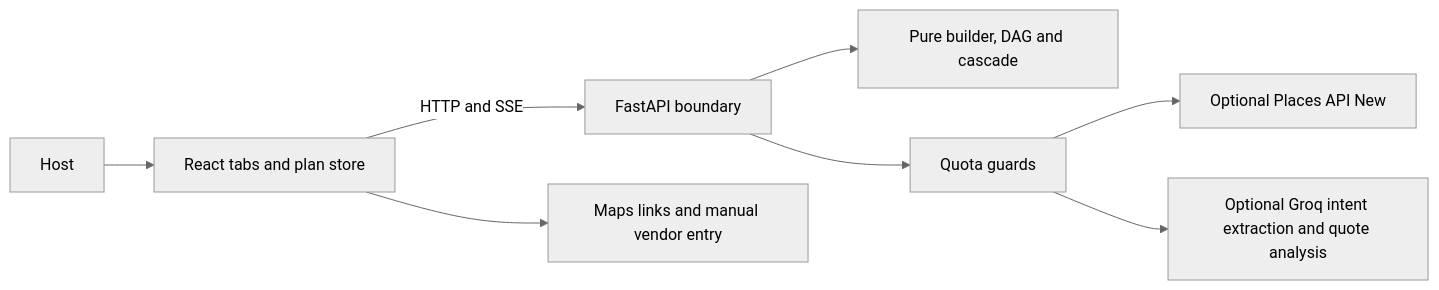
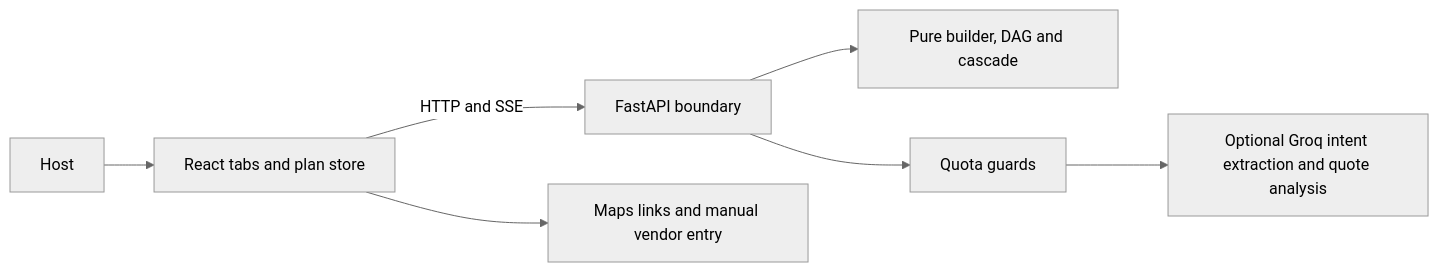
One commit to avz-sharma/EvePlan changed the diagram in docs/architecture.md. Above: the diagram before and after it, drawn with Mermaid (neutral theme). The commit also changed 38 other files, not shown here.

````diff
--- a/docs/architecture.md
+++ b/docs/architecture.md
@@ -3,10 +3,9 @@
 ```mermaid
 flowchart LR
   Host --> UI[React tabs and plan store]
   UI -->|HTTP and SSE| API[FastAPI boundary]
   API --> Engine[Pure builder, DAG and cascade]
   API --> Guards[Quota guards]
-  Guards --> Places[Optional Places API New]
   Guards --> Groq[Optional Groq intent extraction and quote analysis]
   UI --> Manual[Maps links and manual vendor entry]
 ```
````
